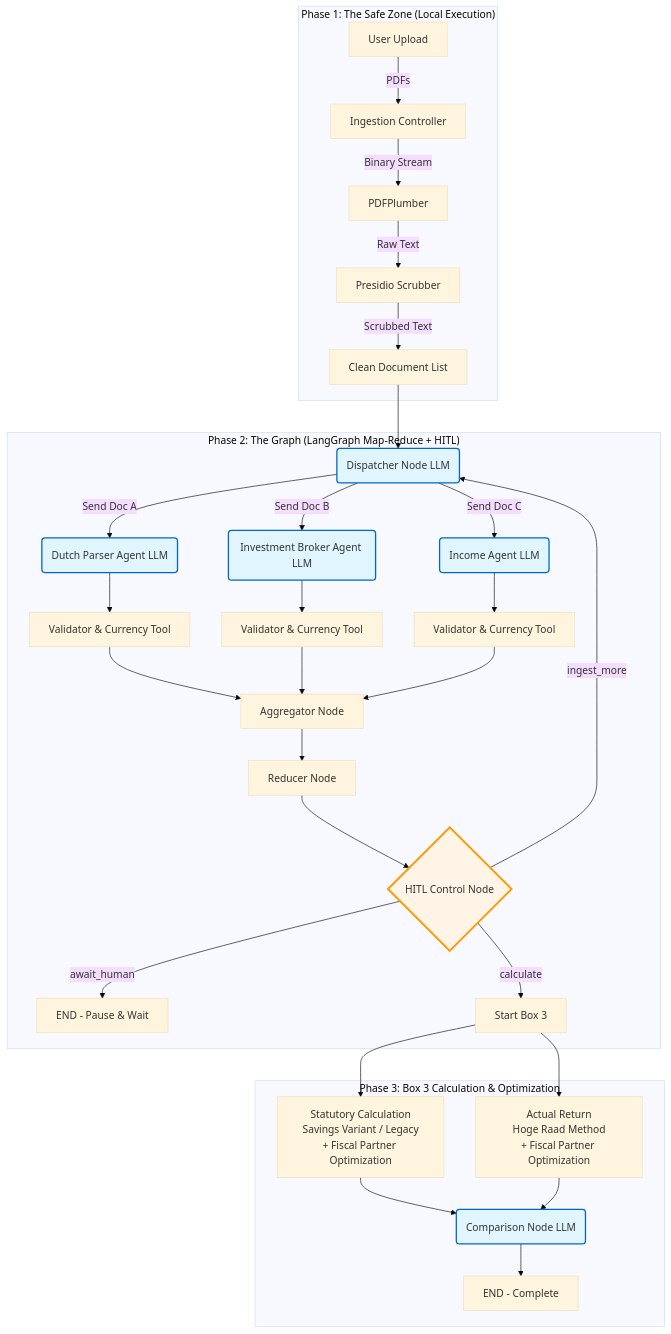
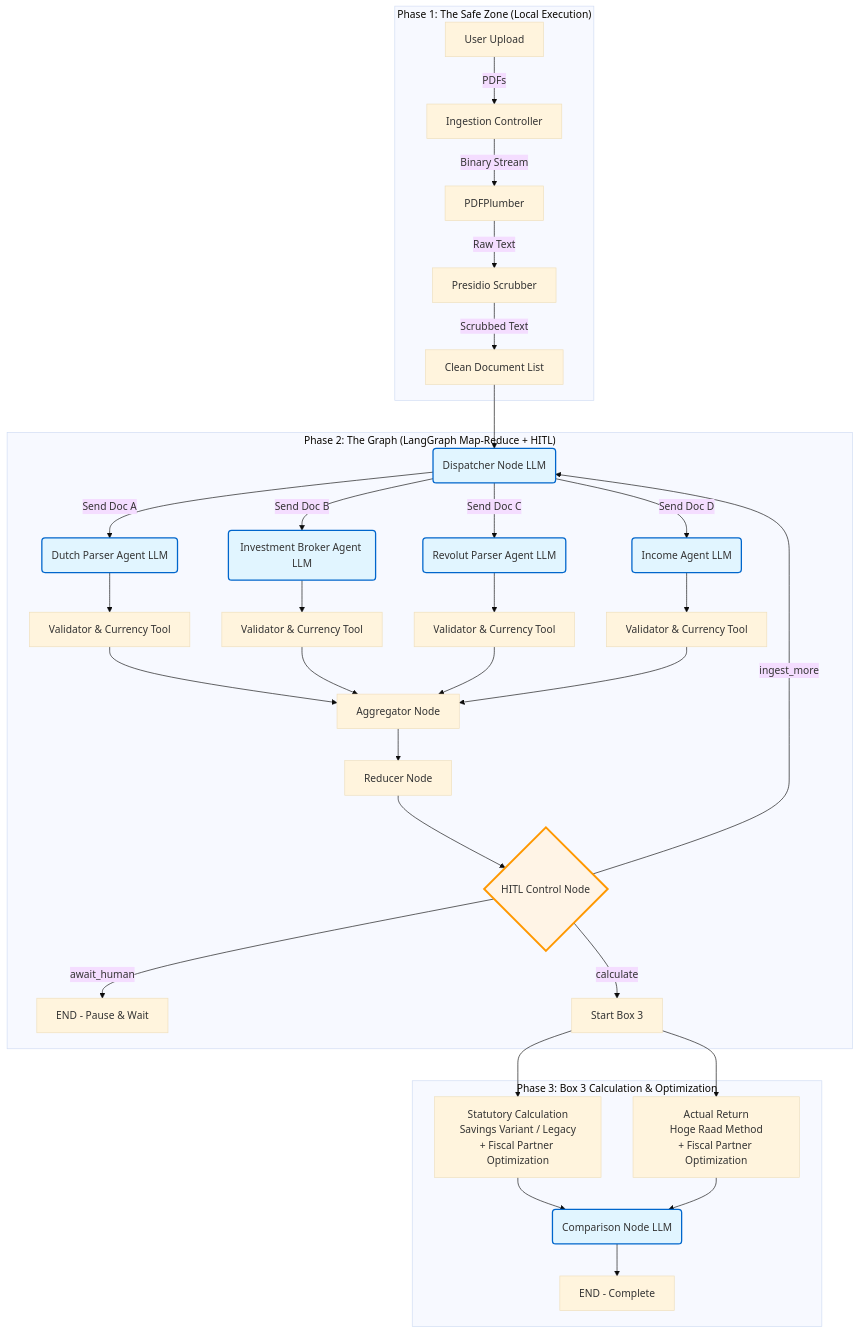
One commit to DavidLimNL/dutch_tax_agent changed the diagram in README.md. Above: the diagram before and after it, drawn with Mermaid (base theme). The commit also changed other lines of this file and 3 other files, not shown here.

````diff
--- a/README.md
+++ b/README.md
@@ -20,48 +20,52 @@
 ```mermaid
 graph TD
     subgraph "Phase 1: The Safe Zone (Local Execution)"
         User[User Upload] -->|PDFs| Ingest[Ingestion Controller]
         Ingest -->|Binary Stream| Parser[PDFPlumber]
         Parser -->|Raw Text| PII[Presidio Scrubber]
         PII -->|Scrubbed Text| SafeData[Clean Document List]
     end
 
     subgraph "Phase 2: The Graph (LangGraph Map-Reduce + HITL)"
         SafeData --> Dispatcher(Dispatcher Node LLM)
         
         Dispatcher -->|Send Doc A| DutchAgent(Dutch Parser Agent LLM)
         Dispatcher -->|Send Doc B| InvestmentAgent(Investment Broker Agent LLM)
-        Dispatcher -->|Send Doc C| SalaryAgent(Income Agent LLM)
+        Dispatcher -->|Send Doc C| RevolutAgent(Revolut Parser Agent LLM)
+        Dispatcher -->|Send Doc D| SalaryAgent(Income Agent LLM)
         
         DutchAgent --> ValidatorA[Validator & Currency Tool]
         InvestmentAgent --> ValidatorB[Validator & Currency Tool]
-        SalaryAgent --> ValidatorC[Validator & Currency Tool]
+        RevolutAgent --> ValidatorC[Validator & Currency Tool]
+        SalaryAgent --> ValidatorD[Validator & Currency Tool]
         
         ValidatorA --> Aggregate[Aggregator Node]
         ValidatorB --> Aggregate
         ValidatorC --> Aggregate
+        ValidatorD --> Aggregate
         
         Aggregate --> Reducer[Reducer Node]
         Reducer --> HITL{HITL Control Node}
         
         HITL -->|await_human| Pause[END - Pause & Wait]
         HITL -->|ingest_more| Dispatcher
         HITL -->|calculate| StartBox3[Start Box 3]
     end
 
     subgraph "Phase 3: Box 3 Calculation & Optimization"
         StartBox3 --> Statutory[Statutory Calculation<br/>Savings Variant / Legacy<br/>+ Fiscal Partner Optimization]
         StartBox3 --> Actual[Actual Return<br/>Hoge Raad Method<br/>+ Fiscal Partner Optimization]
         
         Statutory --> Compare(Comparison Node LLM)
         Actual --> Compare
         Compare --> End2[END - Complete]
     end
 
     style Dispatcher fill:#e1f5ff,stroke:#0066cc,stroke-width:2px
     style DutchAgent fill:#e1f5ff,stroke:#0066cc,stroke-width:2px
     style InvestmentAgent fill:#e1f5ff,stroke:#0066cc,stroke-width:2px
+    style RevolutAgent fill:#e1f5ff,stroke:#0066cc,stroke-width:2px
     style SalaryAgent fill:#e1f5ff,stroke:#0066cc,stroke-width:2px
     style Compare fill:#e1f5ff,stroke:#0066cc,stroke-width:2px
     style HITL fill:#fff4e6,stroke:#ff9800,stroke-width:3px
 ```
````
